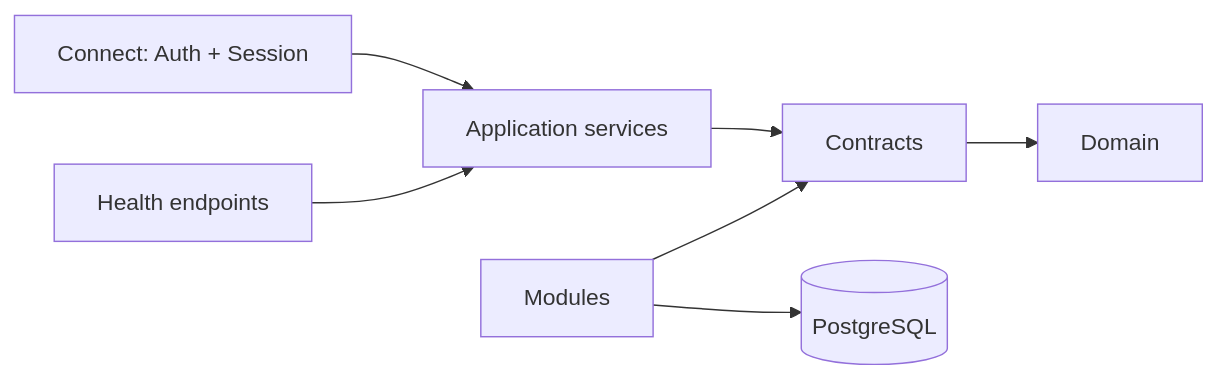
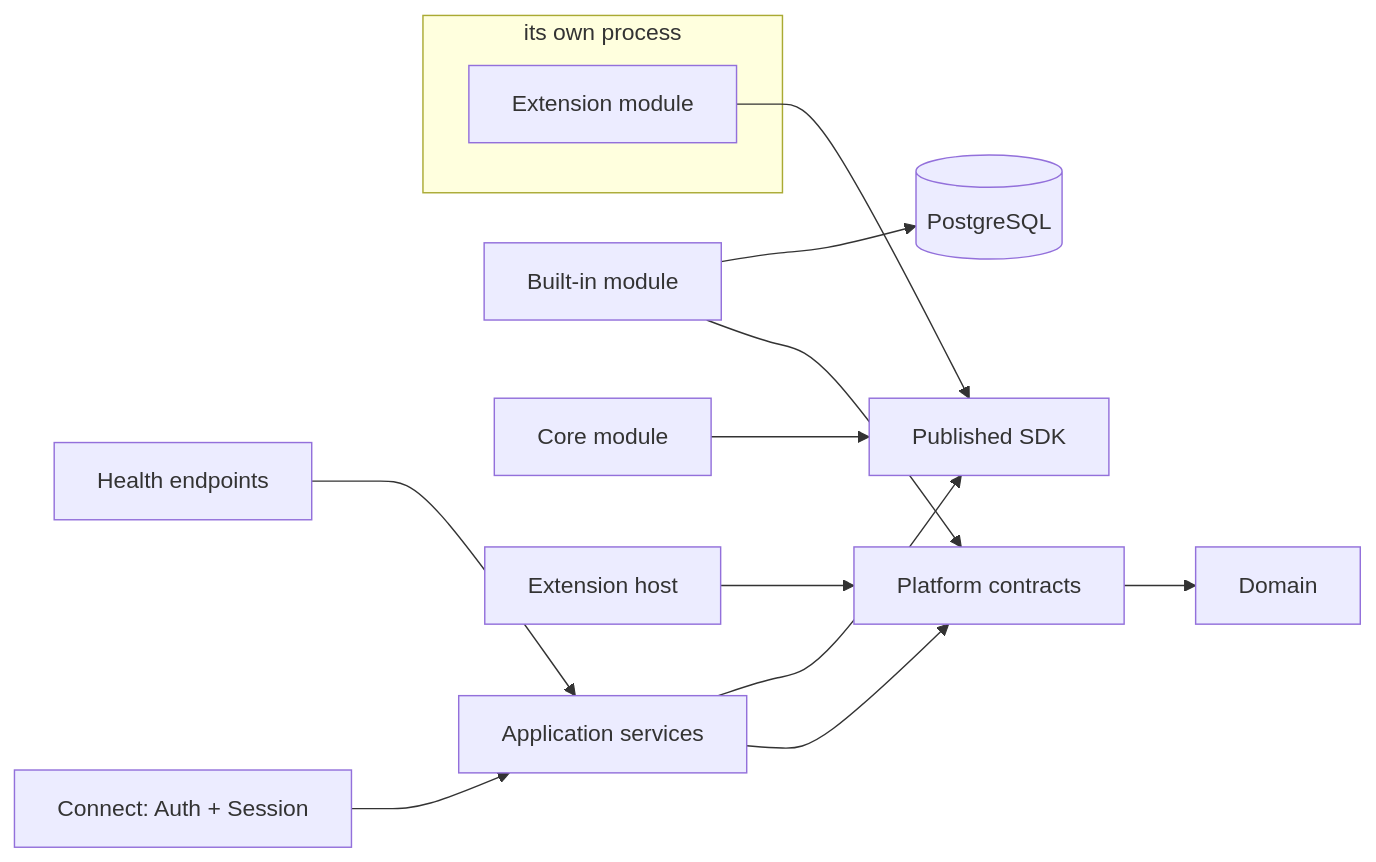
One commit to mosaic-media/architecture changed the diagram in docs/architecture.md. Above: the diagram before and after it, drawn with Mermaid. The commit also changed other lines of this file, not shown here.

````diff
--- a/docs/architecture.md
+++ b/docs/architecture.md
@@ -15,17 +15,28 @@
 ```mermaid
 flowchart LR
     RPC["Connect: Auth + Session"]
     HTTP["Health endpoints"]
     APP["Application services"]
-    CON["Contracts"]
+    CON["Platform contracts"]
     DOM["Domain"]
-    MOD["Modules"]
+    SDK["Published SDK"]
+    BM["Built-in module"]
+    CM["Core module"]
+    HOST["Extension host"]
     PG[("PostgreSQL")]
+
+    subgraph own ["its own process"]
+        EM["Extension module"]
+    end
 
     RPC --> APP
     HTTP --> APP
     APP --> CON
+    APP --> SDK
     CON --> DOM
-    MOD --> CON
-    MOD --> PG
+    BM --> CON
+    BM --> PG
+    HOST --> CON
+    CM --> SDK
+    EM --> SDK
 ```
````
